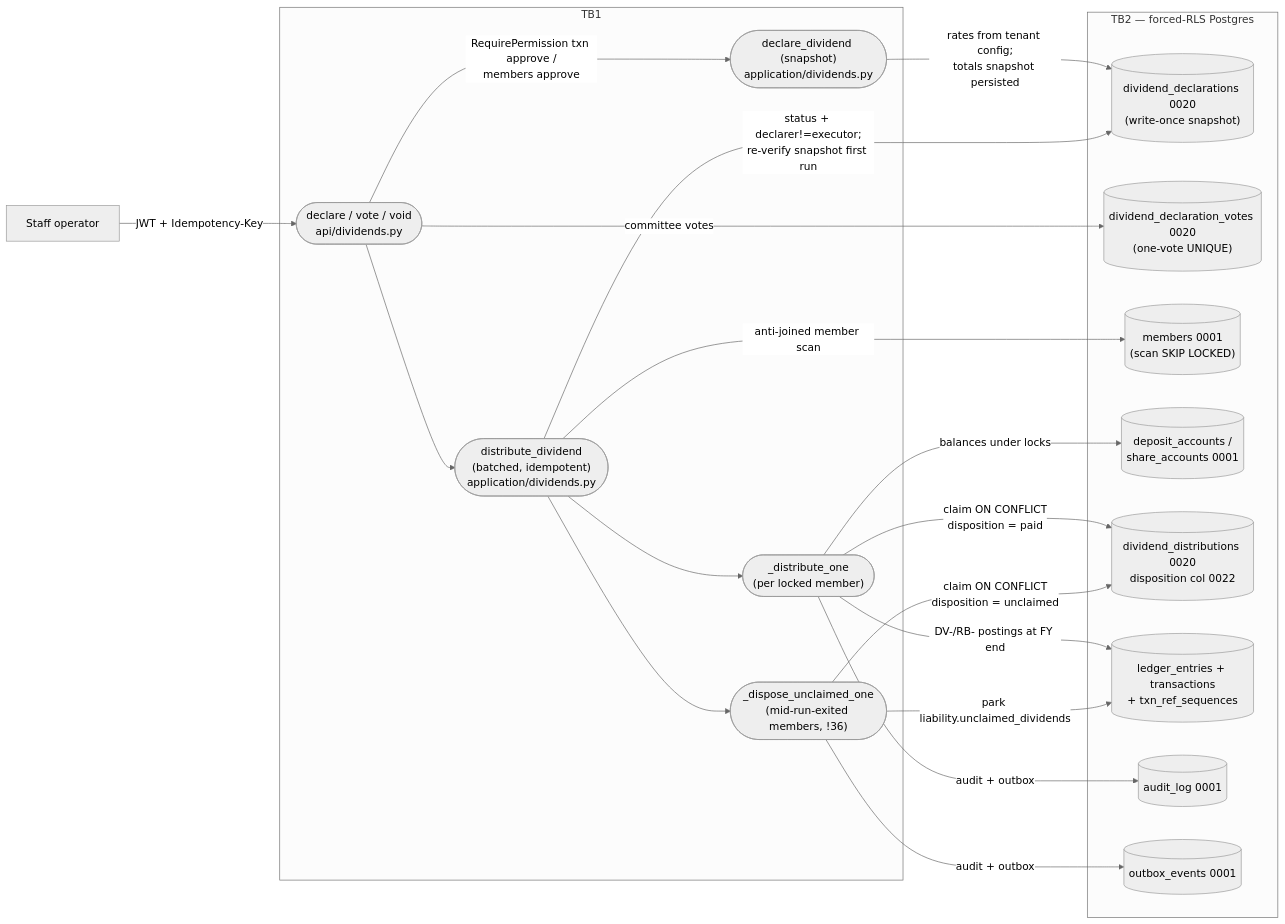
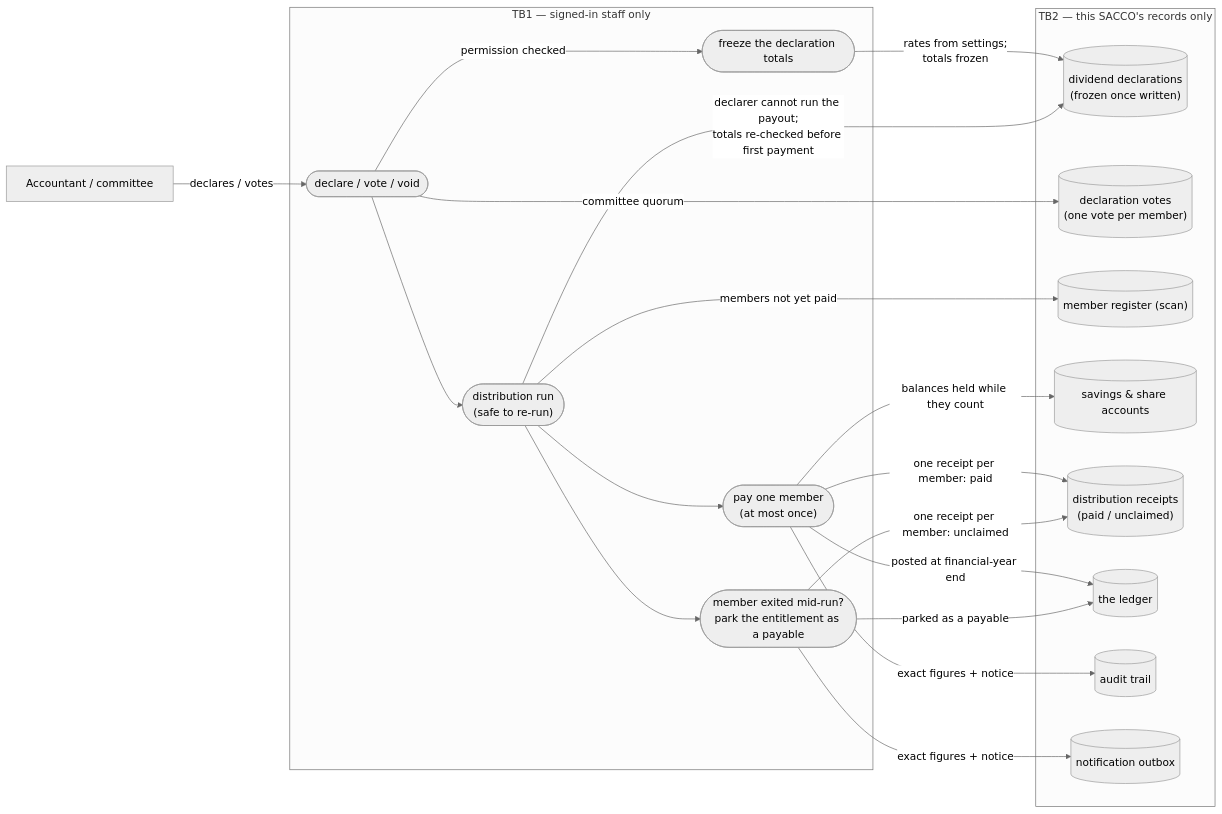
Before and after one commit to Benson-Kim/genesis-sacco: the sixth of 15 diagrams in docs/diagrams/dfd.md, drawn with Mermaid (neutral theme). The commit also changed other lines of this file, not shown here.

First line of the commit message:
docs(diagrams): DFD redrawn business-legible; P13.15/P13.16 flipped as-built; F10-F14 added

````diff
--- a/docs/diagrams/dfd.md
+++ b/docs/diagrams/dfd.md
@@ -280,39 +364,39 @@
 ```mermaid
 flowchart LR
-    %% P-DIAG.3 F5 — authored against main @ 08541b860f1445b16c342c39b6606d86b9dbeb17
-    DIV_E1["Staff operator"]
-    subgraph TB1["TB1"]
-        DIV_P1(["declare / vote / void<br/>api/dividends.py"])
-        DIV_P2(["declare_dividend (snapshot)<br/>application/dividends.py"])
-        DIV_P3(["distribute_dividend<br/>(batched, idempotent)<br/>application/dividends.py"])
-        DIV_P4(["_distribute_one<br/>(per locked member)"])
-        DIV_P5(["_dispose_unclaimed_one<br/>(mid-run-exited members, !36)"])
+    %% P-DIAG.3 F5 — reconciled to main @ 8f46aa54250ff1a066af423924f3eb54a9c72fb7
+    DIV_E1["Accountant / committee"]
+    subgraph TB1["TB1 — signed-in staff only"]
+        DIV_P1(["declare / vote / void"])
+        DIV_P2(["freeze the declaration totals"])
+        DIV_P3(["distribution run<br/>(safe to re-run)"])
+        DIV_P4(["pay one member<br/>(at most once)"])
+        DIV_P5(["member exited mid-run?<br/>park the entitlement as a payable"])
     end
-    subgraph TB2["TB2 — forced-RLS Postgres"]
-        DIV_S1[("dividend_declarations 0020<br/>(write-once snapshot)")]
-        DIV_S2[("dividend_declaration_votes 0020<br/>(one-vote UNIQUE)")]
-        DIV_S3[("members 0001<br/>(scan SKIP LOCKED)")]
-        DIV_S4[("deposit_accounts /<br/>share_accounts 0001")]
-        DIV_S5[("dividend_distributions 0020<br/>disposition col 0022")]
-        DIV_S6[("ledger_entries + transactions<br/>+ txn_ref_sequences")]
-        DIV_S7[("audit_log 0001")]
-        DIV_S8[("outbox_events 0001")]
+    subgraph TB2["TB2 — this SACCO's records only"]
+        DIV_S1[("dividend declarations<br/>(frozen once written)")]
+        DIV_S2[("declaration votes<br/>(one vote per member)")]
+        DIV_S3[("member register (scan)")]
+        DIV_S4[("savings & share accounts")]
+        DIV_S5[("distribution receipts<br/>(paid / unclaimed)")]
+        DIV_S6[("the ledger")]
+        DIV_S7[("audit trail")]
+        DIV_S8[("notification outbox")]
     end
 
-    DIV_E1 -->|"JWT + Idempotency-Key"| DIV_P1
-    DIV_P1 -->|"RequirePermission txn approve /<br/>members approve"| DIV_P2
-    DIV_P2 -->|"rates from tenant config;<br/>totals snapshot persisted"| DIV_S1
-    DIV_P1 -->|"committee votes"| DIV_S2
+    DIV_E1 -->|"declares / votes"| DIV_P1
+    DIV_P1 -->|"permission checked"| DIV_P2
+    DIV_P2 -->|"rates from settings;<br/>totals frozen"| DIV_S1
+    DIV_P1 -->|"committee quorum"| DIV_S2
     DIV_P1 --> DIV_P3
-    DIV_P3 -->|"status + declarer!=executor;<br/>re-verify snapshot first run"| DIV_S1
-    DIV_P3 -->|"anti-joined member scan"| DIV_S3
+    DIV_P3 -->|"declarer cannot run the payout;<br/>totals re-checked before first payment"| DIV_S1
+    DIV_P3 -->|"members not yet paid"| DIV_S3
     DIV_P3 --> DIV_P4
-    DIV_P4 -->|"balances under locks"| DIV_S4
-    DIV_P4 -->|"claim ON CONFLICT<br/>disposition = paid"| DIV_S5
-    DIV_P4 -->|"DV-/RB- postings at FY end"| DIV_S6
+    DIV_P4 -->|"balances held while they count"| DIV_S4
+    DIV_P4 -->|"one receipt per member: paid"| DIV_S5
+    DIV_P4 -->|"posted at financial-year end"| DIV_S6
     DIV_P3 --> DIV_P5
-    DIV_P5 -->|"claim ON CONFLICT<br/>disposition = unclaimed"| DIV_S5
-    DIV_P5 -->|"park liability.unclaimed_dividends"| DIV_S6
-    DIV_P4 -->|"audit + outbox"| DIV_S7
-    DIV_P5 -->|"audit + outbox"| DIV_S8
+    DIV_P5 -->|"one receipt per member: unclaimed"| DIV_S5
+    DIV_P5 -->|"parked as a payable"| DIV_S6
+    DIV_P4 -->|"exact figures + notice"| DIV_S7
+    DIV_P5 -->|"exact figures + notice"| DIV_S8
 ```
````
